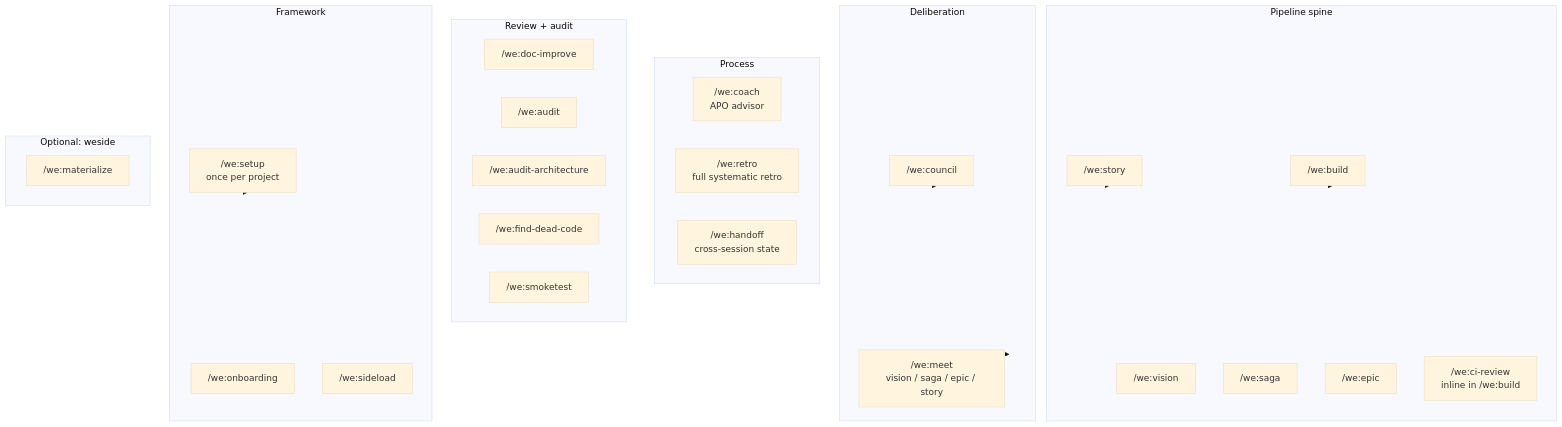
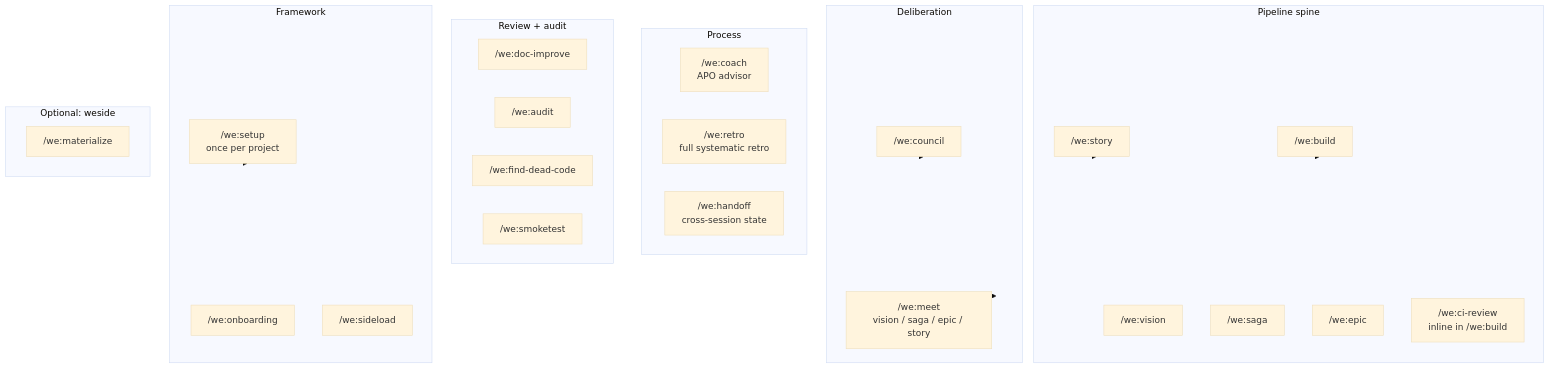
One commit to weside-ai/claude-code-plugin changed the fourth of 4 diagrams in docs/workflow.md. Above: the diagram before and after it, drawn with Mermaid (base theme). The commit also changed 28 other files, not shown here.

````diff
--- a/docs/workflow.md
+++ b/docs/workflow.md
@@ -200,41 +200,40 @@
 ```mermaid
 flowchart TB
     subgraph spine[Pipeline spine]
         vision["/we:vision"]
         saga["/we:saga"]
         epic["/we:epic"]
         story["/we:story"]
         build["/we:build"]
         cireview["/we:ci-review<br/>inline in /we:build"]
     end
     subgraph deliberation[Deliberation]
         council["/we:council"]
         meet["/we:meet<br/>vision / saga / epic / story"]
     end
     subgraph process[Process]
         coach["/we:coach<br/>APO advisor"]
         retro["/we:retro<br/>full systematic retro"]
         handoff["/we:handoff<br/>cross-session state"]
     end
     subgraph review[Review + audit]
         docimprove["/we:doc-improve"]
         audit["/we:audit"]
-        auditarch["/we:audit-architecture"]
         find["/we:find-dead-code"]
         smoke["/we:smoketest"]
     end
     subgraph framework[Framework]
         setup["/we:setup<br/>once per project"]
         onboard["/we:onboarding"]
         sideload["/we:sideload"]
     end
     subgraph weside[Optional: weside]
         materialize["/we:materialize"]
     end
 
     setup --> framework
     council --> deliberation
     meet --> deliberation
     story --> spine
     build --> spine
 ```
````
